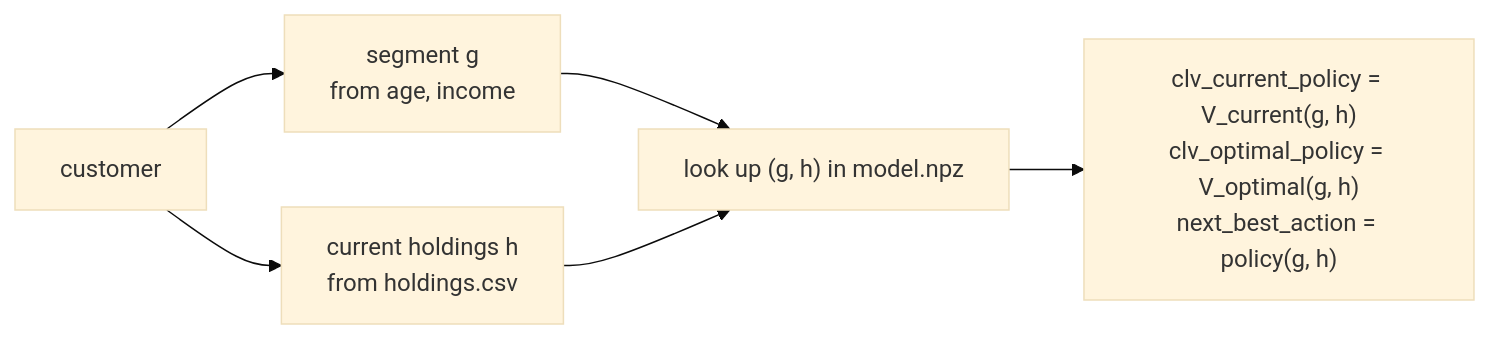
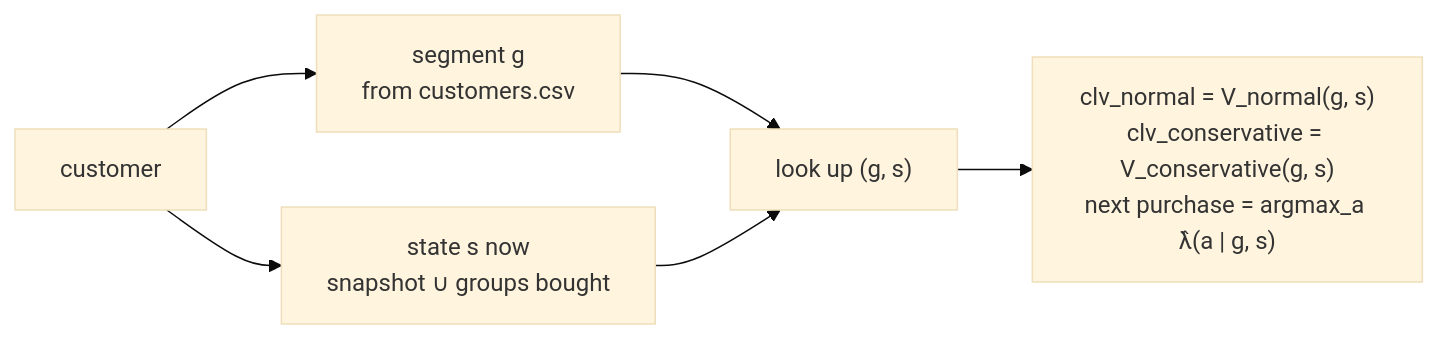
Before and after one commit to pakhapoom/customer-lifetime-value: the sixth of 6 diagrams in README.md, drawn with Mermaid (base theme). The commit also changed other lines of this file and 7 other files, not shown here.

````diff
--- a/README.md
+++ b/README.md
@@ -228,8 +263,8 @@
 ```mermaid
 flowchart LR
-    C["customer"] --> G["segment g<br/>from age, income"]
-    C --> H["current holdings h<br/>from holdings.csv"]
-    G --> L["look up (g, h) in model.npz"]
+    C["customer"] --> G["segment g<br/>from customers.csv"]
+    C --> H["state s now<br/>snapshot ∪ groups bought"]
+    G --> L["look up (g, s)"]
     H --> L
-    L --> O["clv_current_policy = V_current(g, h)<br/>clv_optimal_policy = V_optimal(g, h)<br/>next_best_action = policy(g, h)"]
+    L --> O["clv_normal = V_normal(g, s)<br/>clv_conservative = V_conservative(g, s)<br/>next purchase = argmax_a λ̂(a | g, s)"]
 ```
````
